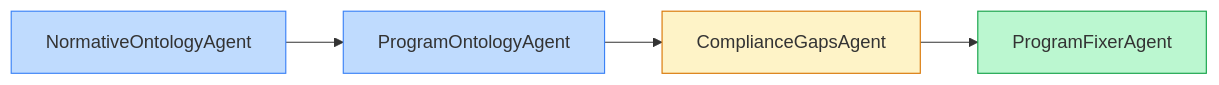
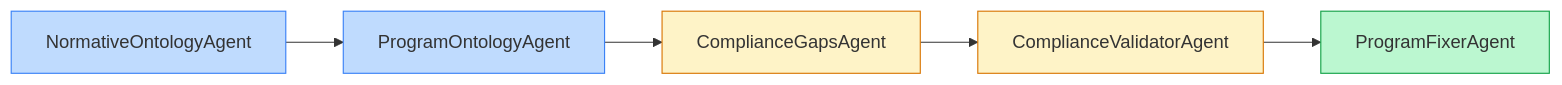
One commit to dracero/grafo-test changed the third of 5 diagrams in README.md. Above: the diagram before and after it, drawn with Mermaid. The commit also changed other lines of this file, not shown here.

Commit message:
docs: update README with ComplianceValidatorAgent and non-compliance PDF report features

````diff
--- a/README.md
+++ b/README.md
@@ -77,11 +79,13 @@
 ```mermaid
 graph LR
     A[NormativeOntologyAgent] --> B[ProgramOntologyAgent]
     B --> C[ComplianceGapsAgent]
-    C --> D[ProgramFixerAgent]
+    C --> D[ComplianceValidatorAgent]
+    D --> E[ProgramFixerAgent]
     
     style A fill:#bfdbfe,stroke:#3b82f6
     style B fill:#bfdbfe,stroke:#3b82f6
     style C fill:#fef3c7,stroke:#d97706
-    style D fill:#bbf7d0,stroke:#16a34a
+    style D fill:#fef3c7,stroke:#d97706
+    style E fill:#bbf7d0,stroke:#16a34a
 ```
````
